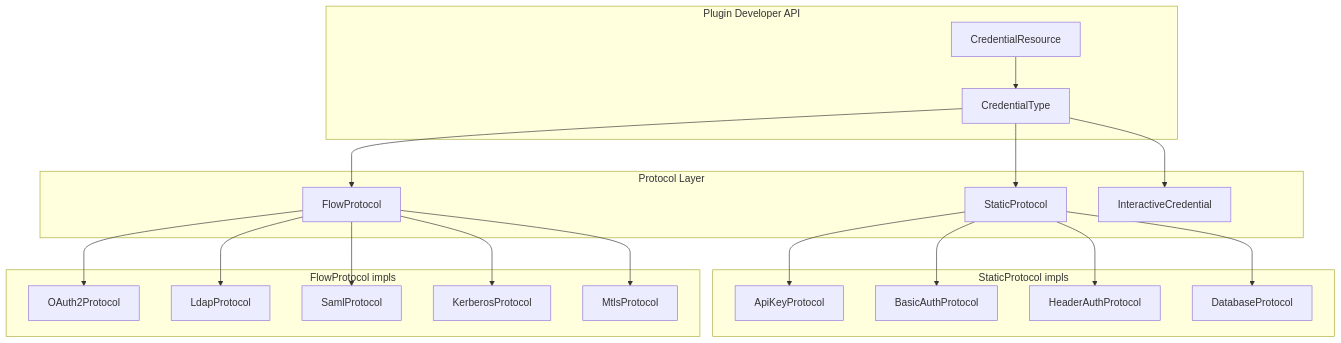
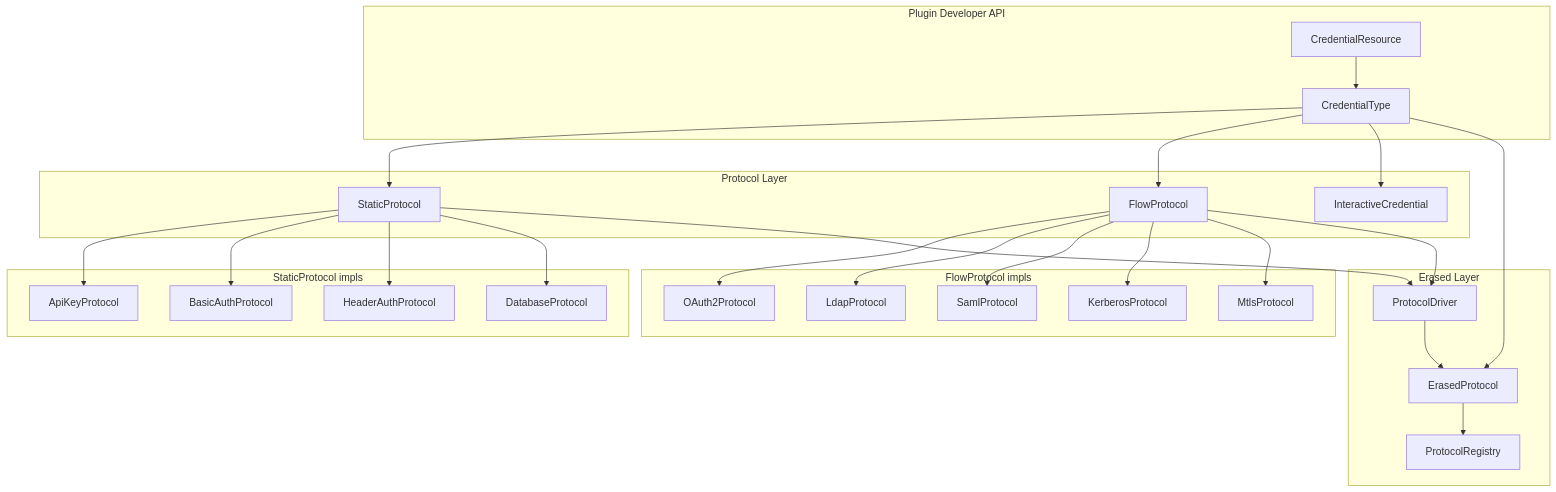
The first of 2 diagrams in docs/crates/credential/TARGET_ARCHITECTURE.md (vanyastaff/nebula), drawn with Mermaid before and after one commit. The commit also changed other lines of this file and 9 other files, not shown here.

````diff
--- a/docs/crates/credential/TARGET_ARCHITECTURE.md
+++ b/docs/crates/credential/TARGET_ARCHITECTURE.md
@@ -5,42 +5,53 @@
 ```mermaid
 flowchart TB
     subgraph plugin [Plugin Developer API]
         CredentialType
         CredentialResource
     end
 
     subgraph protocols [Protocol Layer]
         StaticProtocol
         FlowProtocol
         InteractiveCredential
     end
 
     subgraph static [StaticProtocol impls]
         ApiKeyProtocol
         BasicAuthProtocol
         HeaderAuthProtocol
         DatabaseProtocol
     end
 
     subgraph flow [FlowProtocol impls]
         OAuth2Protocol
         LdapProtocol
         SamlProtocol
         KerberosProtocol
         MtlsProtocol
     end
 
+    subgraph erased [Erased Layer]
+        ErasedProtocol
+        ProtocolDriver
+        ProtocolRegistry
+    end
+
     CredentialType --> StaticProtocol
     CredentialType --> FlowProtocol
     CredentialType --> InteractiveCredential
     CredentialResource --> CredentialType
     StaticProtocol --> ApiKeyProtocol
     StaticProtocol --> BasicAuthProtocol
     StaticProtocol --> HeaderAuthProtocol
     StaticProtocol --> DatabaseProtocol
     FlowProtocol --> OAuth2Protocol
     FlowProtocol --> LdapProtocol
     FlowProtocol --> SamlProtocol
     FlowProtocol --> KerberosProtocol
     FlowProtocol --> MtlsProtocol
+    CredentialType --> ErasedProtocol
+    StaticProtocol --> ProtocolDriver
+    FlowProtocol --> ProtocolDriver
+    ProtocolDriver --> ErasedProtocol
+    ErasedProtocol --> ProtocolRegistry
 ```
````
